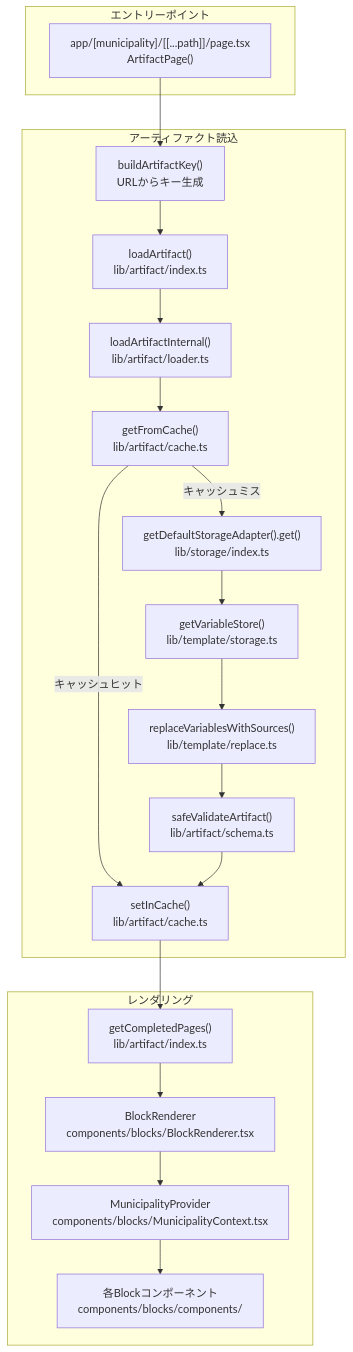
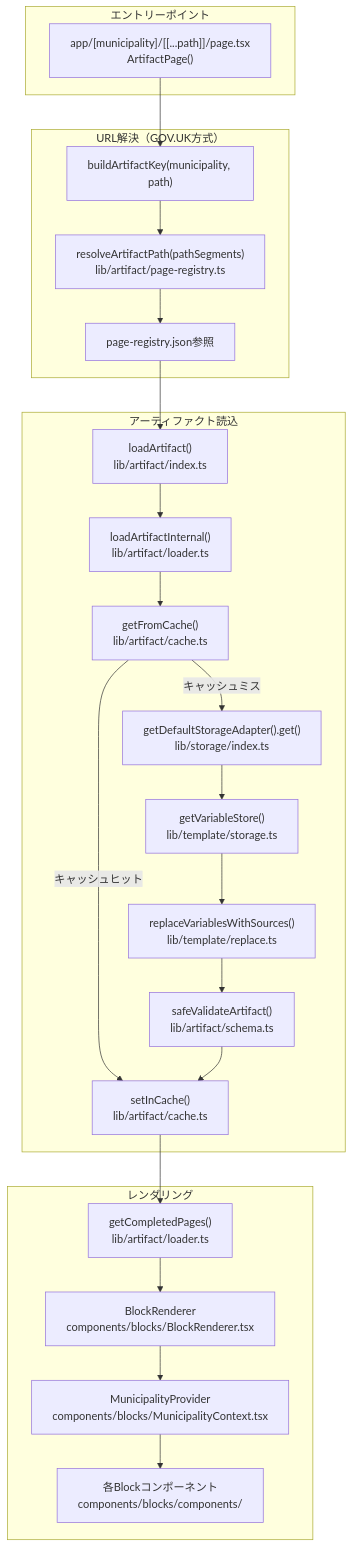
Before and after one commit to TakuO-gu/INNOMA: the third of 21 diagrams in docs/architecture/INNOMA_FlowChart.md, drawn with Mermaid. The commit also changed other lines of this file and 3952 other files, not shown here.

First line of the commit message:
Update templates, components, and add Tsuru municipality pages

````diff
--- a/docs/architecture/INNOMA_FlowChart.md
+++ b/docs/architecture/INNOMA_FlowChart.md
@@ -74,40 +130,47 @@
 ```mermaid
 flowchart TD
     subgraph Entry["エントリーポイント"]
         P1["app/[municipality]/[[...path]]/page.tsx<br/>ArtifactPage()"]
     end
 
+    subgraph URLResolve["URL解決（GOV.UK方式）"]
+        UR1["buildArtifactKey(municipality, path)"]
+        UR2["resolveArtifactPath(pathSegments)<br/>lib/artifact/page-registry.ts"]
+        UR3["page-registry.json参照"]
+    end
+
     subgraph ArtifactLoading["アーティファクト読込"]
-        AL1["buildArtifactKey()<br/>URLからキー生成"]
         AL2["loadArtifact()<br/>lib/artifact/index.ts"]
         AL3["loadArtifactInternal()<br/>lib/artifact/loader.ts"]
         AL4["getFromCache()<br/>lib/artifact/cache.ts"]
         AL5["getDefaultStorageAdapter().get()<br/>lib/storage/index.ts"]
         AL6["getVariableStore()<br/>lib/template/storage.ts"]
         AL7["replaceVariablesWithSources()<br/>lib/template/replace.ts"]
         AL8["safeValidateArtifact()<br/>lib/artifact/schema.ts"]
         AL9["setInCache()<br/>lib/artifact/cache.ts"]
     end
 
     subgraph Rendering["レンダリング"]
-        R1["getCompletedPages()<br/>lib/artifact/index.ts"]
+        R1["getCompletedPages()<br/>lib/artifact/loader.ts"]
         R2["BlockRenderer<br/>components/blocks/BlockRenderer.tsx"]
         R3["MunicipalityProvider<br/>components/blocks/MunicipalityContext.tsx"]
         R4["各Blockコンポーネント<br/>components/blocks/components/"]
     end
 
-    P1 --> AL1
-    AL1 --> AL2
+    P1 --> UR1
+    UR1 --> UR2
+    UR2 --> UR3
+    UR3 --> AL2
     AL2 --> AL3
     AL3 --> AL4
     AL4 -->|キャッシュヒット| AL9
     AL4 -->|キャッシュミス| AL5
     AL5 --> AL6
     AL6 --> AL7
     AL7 --> AL8
     AL8 --> AL9
     AL9 --> R1
     R1 --> R2
     R2 --> R3
     R3 --> R4
 ```
````
